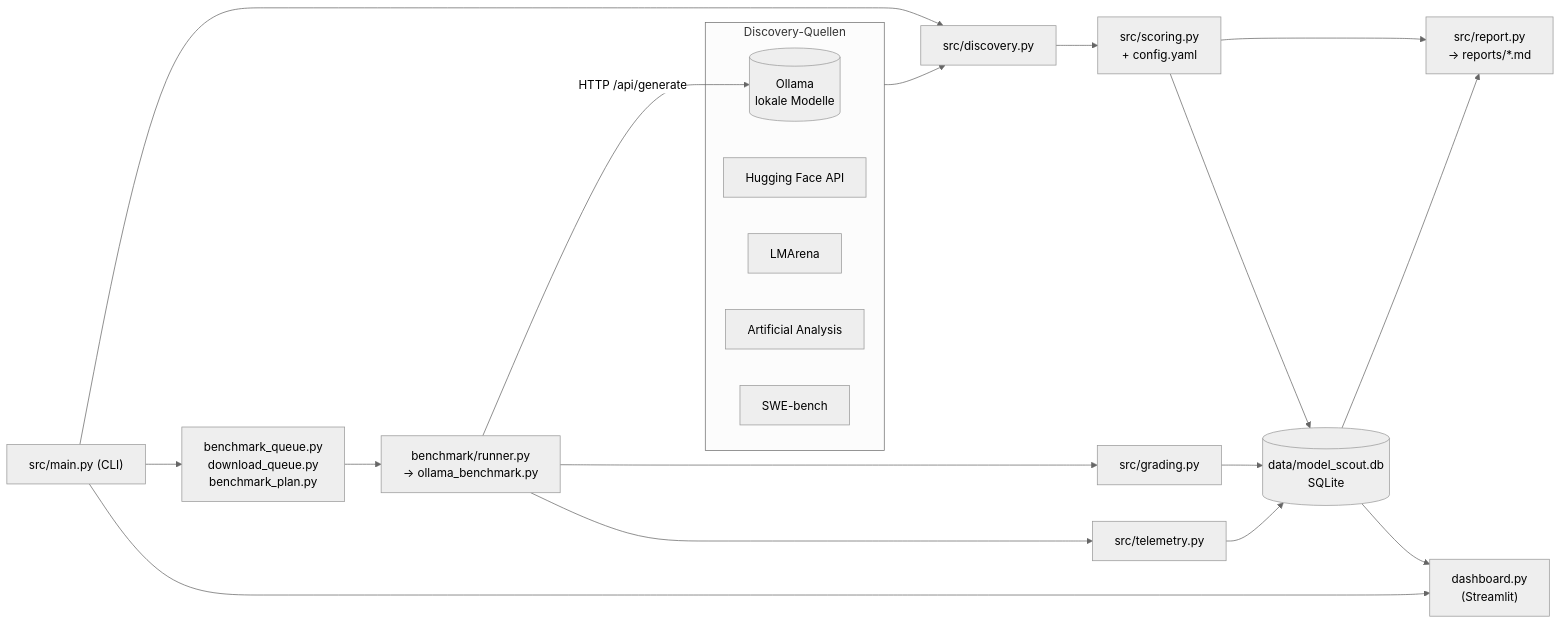
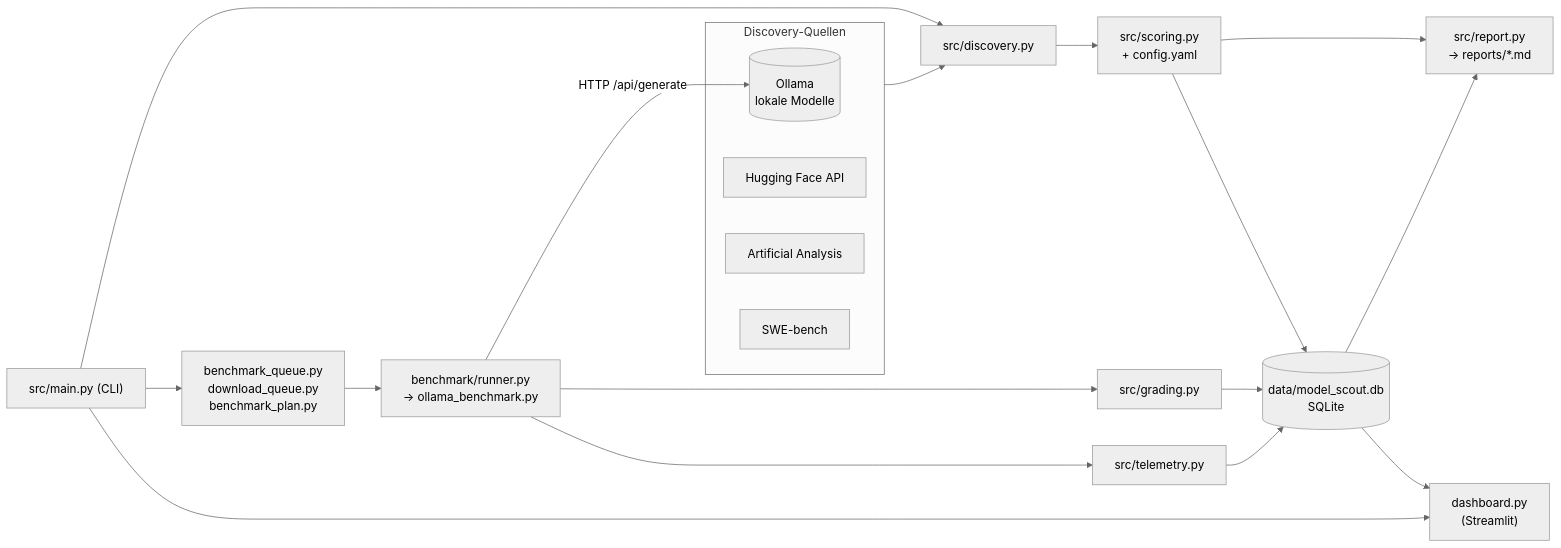
The first of 3 diagrams in README.md (pseboek/llm_benchmark), drawn with Mermaid (neutral theme) before and after one commit. The commit also changed other lines of this file and 12 other files, not shown here.

````diff
--- a/README.md
+++ b/README.md
@@ -19,37 +19,36 @@
 ```mermaid
 flowchart LR
     subgraph Sources["Discovery-Quellen"]
         Ollama[(Ollama\nlokale Modelle)]
         HF[Hugging Face API]
-        LMA[LMArena]
         AA[Artificial Analysis]
         SWE[SWE-bench]
     end
 
     CLI["src/main.py (CLI)"]
     Discovery["src/discovery.py"]
     Scoring["src/scoring.py\n+ config.yaml"]
     Grading["src/grading.py"]
     Telemetry["src/telemetry.py"]
     Queue["benchmark_queue.py\ndownload_queue.py\nbenchmark_plan.py"]
     Runner["benchmark/runner.py\n→ ollama_benchmark.py"]
     DB[("data/model_scout.db\nSQLite")]
     Report["src/report.py\n→ reports/*.md"]
     Dashboard["dashboard.py\n(Streamlit)"]
 
     Sources --> Discovery
     CLI --> Discovery
     Discovery --> Scoring
     Scoring --> DB
     Scoring --> Report
     CLI --> Queue
     Queue --> Runner
     Runner -- "HTTP /api/generate" --> Ollama
     Runner --> Grading
     Runner --> Telemetry
     Grading --> DB
     Telemetry --> DB
     DB --> Report
     DB --> Dashboard
     CLI --> Dashboard
 ```
````
